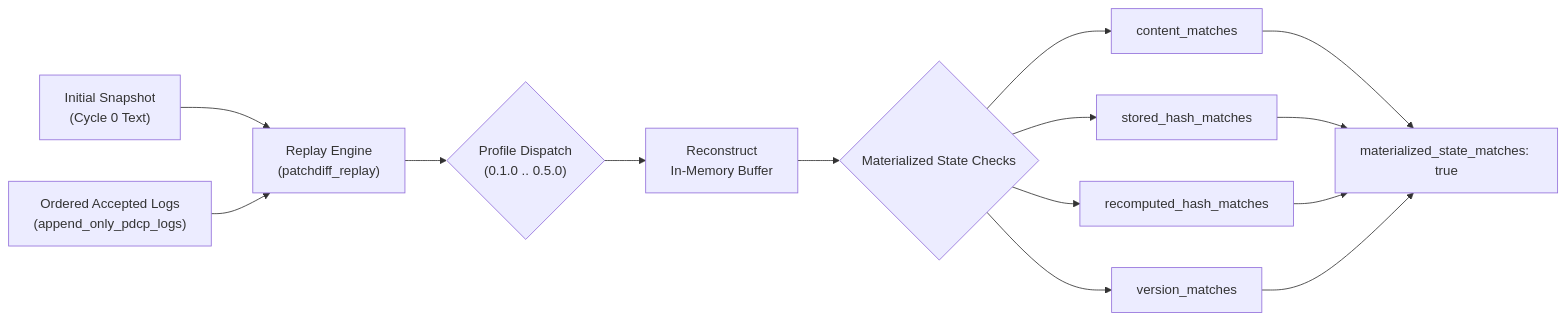
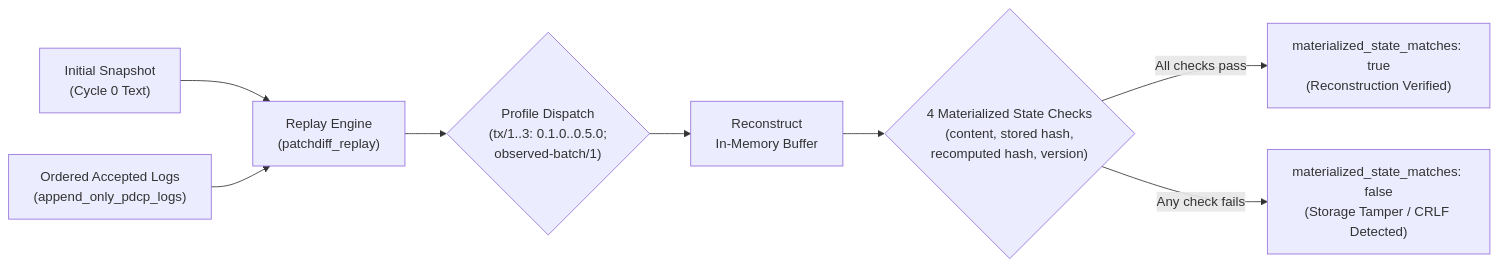
One commit to paragon-ux/Patch-DIFF changed the third of 3 diagrams in docs/architecture.md. Above: the diagram before and after it, drawn with Mermaid. The commit also changed other lines of this file and 32 other files, not shown here.

````diff
--- a/docs/architecture.md
+++ b/docs/architecture.md
@@ -133,17 +140,13 @@
 ```mermaid
 flowchart LR
     A["Initial Snapshot<br/>(Cycle 0 Text)"] --> B["Replay Engine<br/>(patchdiff_replay)"]
     C["Ordered Accepted Logs<br/>(append_only_pdcp_logs)"] --> B
     
-    B --> D{"Profile Dispatch<br/>(0.1.0 .. 0.5.0)"}
+    B --> D{"Profile Dispatch<br/>(tx/1..3: 0.1.0..0.5.0;<br/>observed-batch/1)"}
     
     D --> E["Reconstruct<br/>In-Memory Buffer"]
     
-    E --> F{"Materialized State Checks"}
-    F --> G1["content_matches"]
-    F --> G2["stored_hash_matches"]
-    F --> G3["recomputed_hash_matches"]
-    F --> G4["version_matches"]
-    
-    G1 & G2 & G3 & G4 --> H["materialized_state_matches: true"]
+    E --> F{"4 Materialized State Checks<br/>(content, stored hash,<br/>recomputed hash, version)"}
+    F -- "All checks pass" --> H["materialized_state_matches: true<br/>(Reconstruction Verified)"]
+    F -- "Any check fails" --> DIV["materialized_state_matches: false<br/>(Storage Tamper / CRLF Detected)"]
 ```
````
